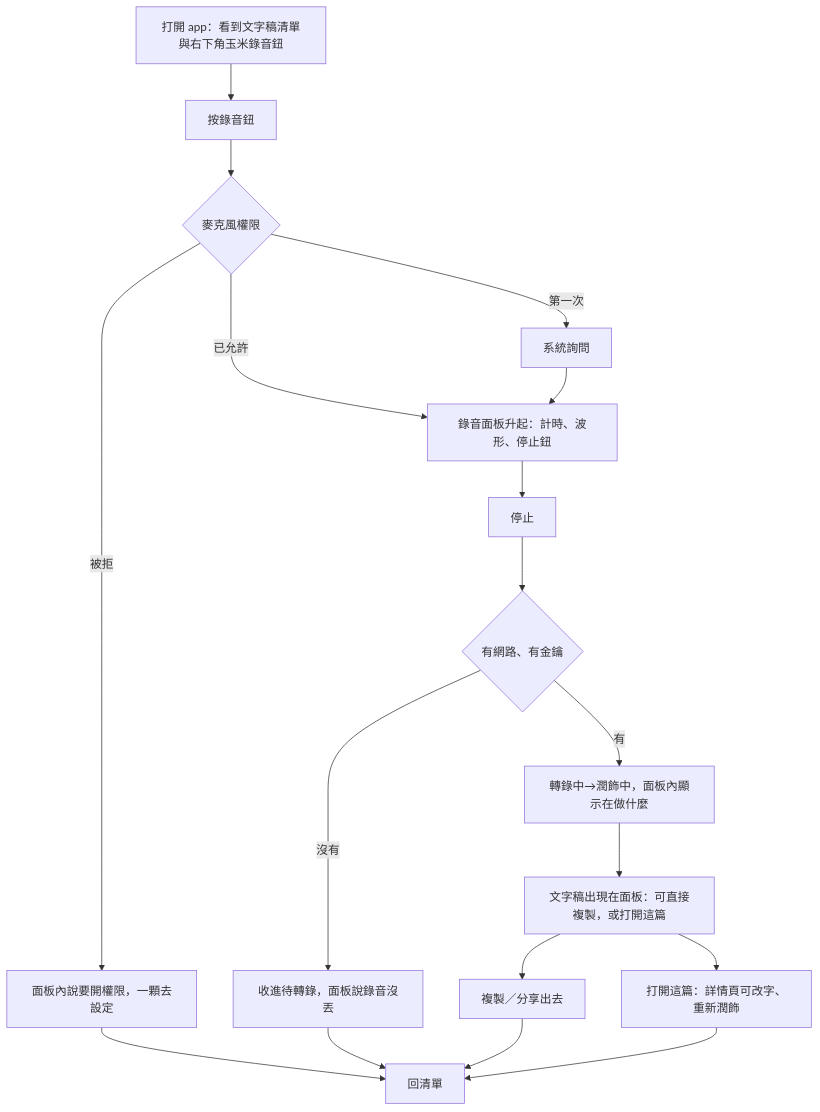
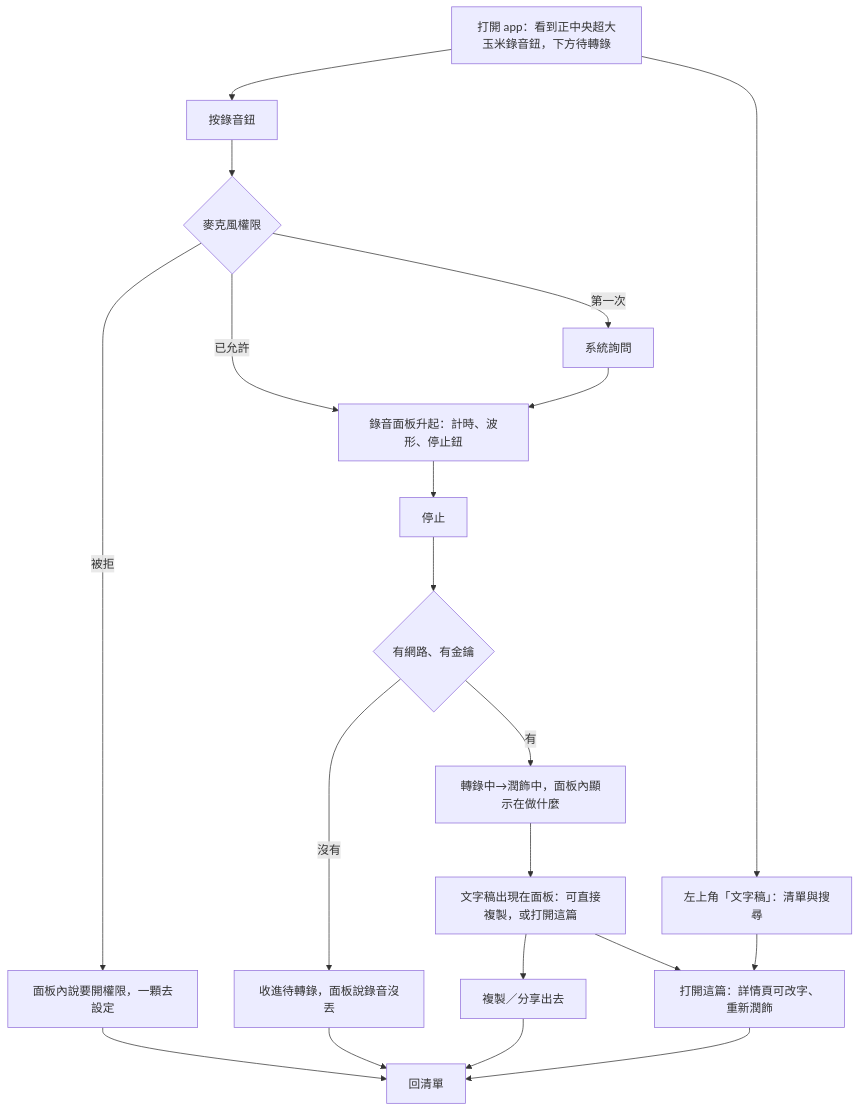
One commit to domyweb666/VoiceType-app changed the diagram in .uiux/02-流程.md. Above: the diagram before and after it, drawn with Mermaid. The commit also changed other lines of this file and 8 other files, not shown here.

````diff
--- a/.uiux/02-流程.md
+++ b/.uiux/02-流程.md
@@ -43,17 +43,18 @@
 ```mermaid
 flowchart TD
-  A[打開 app：看到文字稿清單與右下角玉米錄音鈕] --> B[按錄音鈕]
+  A[打開 app：看到正中央超大玉米錄音鈕，下方待轉錄] --> B[按錄音鈕]
   B --> C{麥克風權限}
   C -- 已允許 --> D[錄音面板升起：計時、波形、停止鈕]
   C -- 第一次 --> C1[系統詢問] --> D
   C -- 被拒 --> C2[面板內說要開權限，一顆去設定] --> Z[回清單]
   D --> E[停止]
   E --> F{有網路、有金鑰}
   F -- 有 --> G[轉錄中→潤飾中，面板內顯示在做什麼]
   F -- 沒有 --> H[收進待轉錄，面板說錄音沒丟] --> Z
   G --> I[文字稿出現在面板：可直接複製，或打開這篇]
   I --> J[複製／分享出去]
   J --> Z
   I --> K[打開這篇：詳情頁可改字、重新潤飾]
   K --> Z
+  A --> L[左上角「文字稿」：清單與搜尋] --> K
 ```
````
